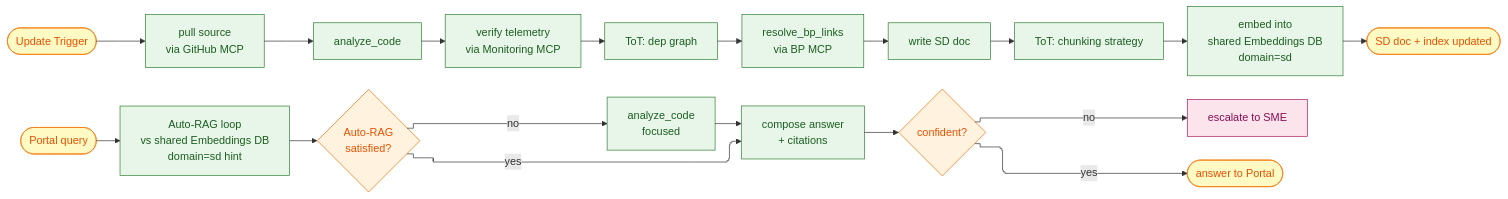
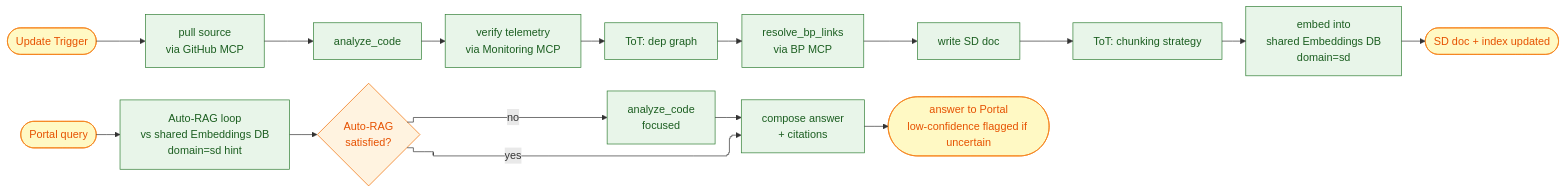
Before and after one commit to kikecorona/agentic-ai-capstone-project: the third of 5 diagrams in PROJECT_ARCHITECTURE.md, drawn with Mermaid. The commit also changed other lines of this file and 1 other file, not shown here.

Commit message:
Simplified SME flow

````diff
--- a/PROJECT_ARCHITECTURE.md
+++ b/PROJECT_ARCHITECTURE.md
@@ -392,29 +480,25 @@
 ```mermaid
 %%{init: {'flowchart': {'defaultRenderer': 'elk', 'curve': 'step'}}}%%
 flowchart LR
     Trig([Update Trigger]) --> Pull[pull source<br/>via GitHub MCP]
     Port([Portal query]) --> Auto[Auto-RAG loop<br/>vs shared Embeddings DB<br/>domain=sd hint]
     Pull --> AC[analyze_code]
     AC --> Tele[verify telemetry<br/>via Monitoring MCP]
     Tele --> ToT[ToT: dep graph]
     ToT --> XR[resolve_bp_links<br/>via BP MCP]
     XR --> Write[write SD doc]
     Write --> ToTChunk[ToT: chunking strategy]
     ToTChunk --> Embed[embed into<br/>shared Embeddings DB<br/>domain=sd]
     Embed --> Done([SD doc + index updated])
     Auto --> Cover{Auto-RAG<br/>satisfied?}
     Cover -->|yes| Compose[compose answer<br/>+ citations]
     Cover -->|no| ACFocus[analyze_code<br/>focused]
     ACFocus --> Compose
-    Compose --> Conf{confident?}
-    Conf -->|no| SME[escalate to SME]
-    Conf -->|yes| Out([answer to Portal])
+    Compose --> Out([answer to Portal<br/>low-confidence flagged if uncertain])
     classDef node fill: #E8F5E9, stroke: #2E7D32, color: #1B5E20
     classDef decision fill: #FFF3E0, stroke: #EF6C00, color: #E65100
-    classDef fallback fill: #FCE4EC, stroke: #AD1457, color: #880E4F
     classDef portal fill: #FFF9C4, stroke: #F57F17, color: #E65100
     class Pull,AC,Tele,ToT,XR,Write,ToTChunk,Embed,Auto,ACFocus,Compose node
-    class Cover,Conf decision
-    class SME fallback
+    class Cover decision
     class Trig,Port,Done,Out portal
 ```
````
